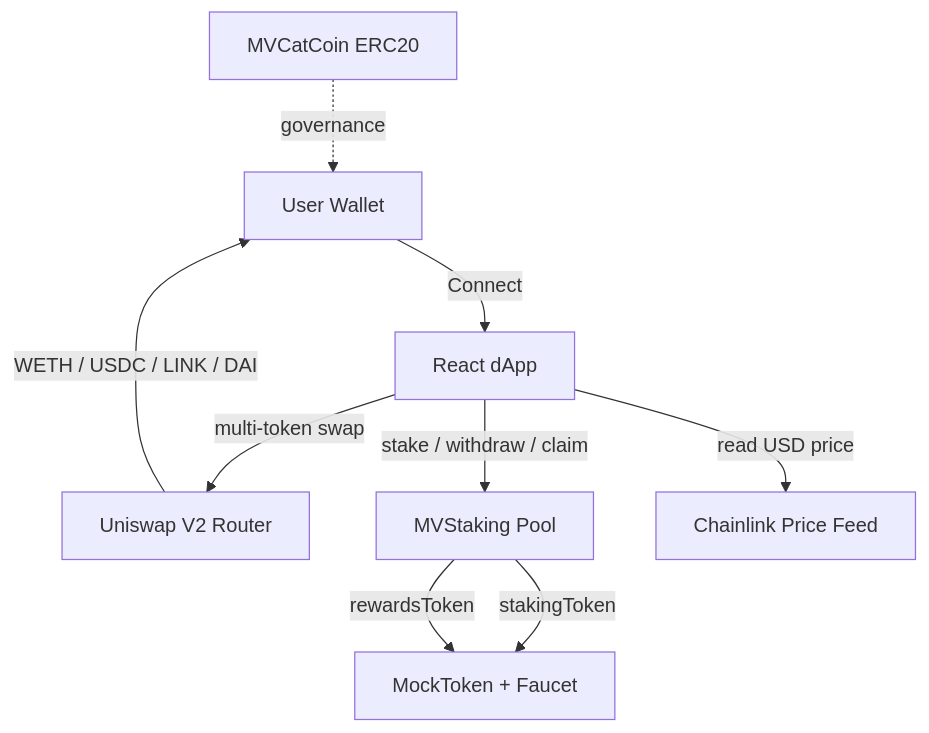
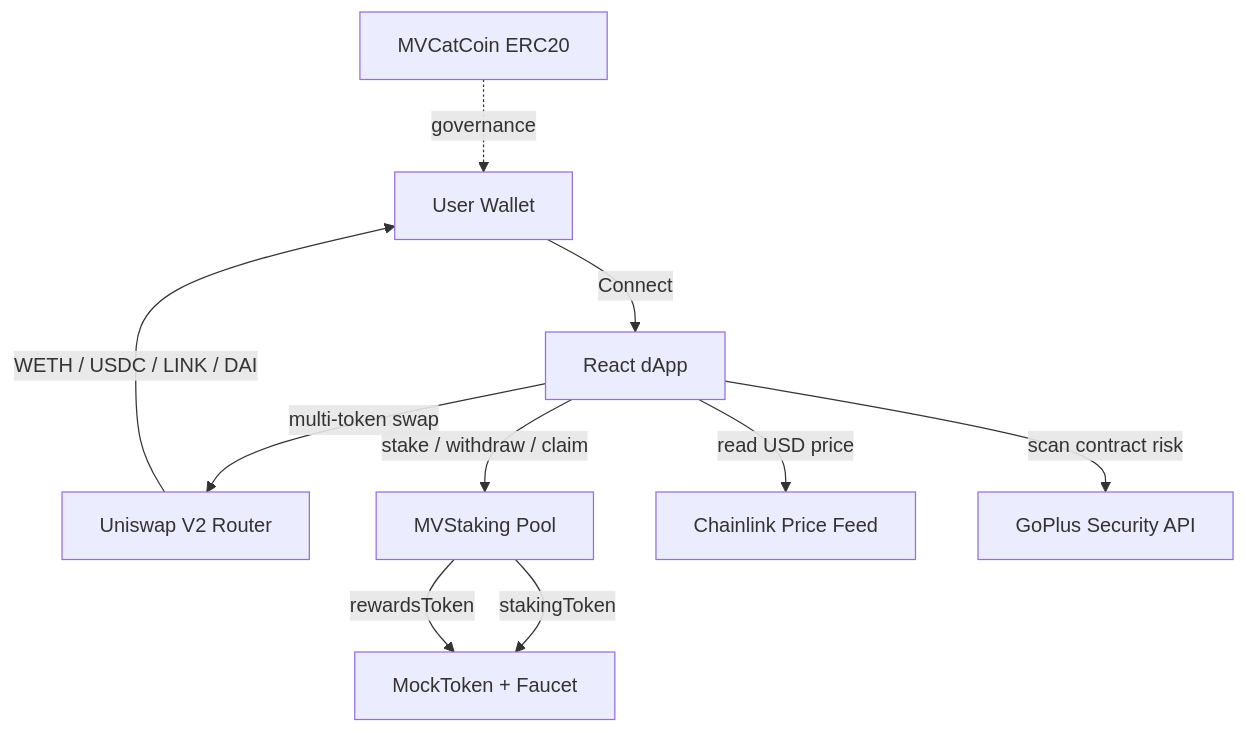
The diagram in README.md (wowasoy/mvcatcoin), drawn with Mermaid before and after one commit. The commit also changed other lines of this file and 5 other files, not shown here.

````diff
--- a/README.md
+++ b/README.md
@@ -44,19 +40,21 @@
 ```mermaid
 graph TD
     User[User Wallet]
     FE[React dApp]
     Swap[Uniswap V2 Router]
     MC[MVCatCoin ERC20]
     MS[MVStaking Pool]
     MT[MockToken + Faucet]
     CL[Chainlink Price Feed]
+    GP[GoPlus Security API]
 
     User -->|Connect| FE
     FE -->|multi-token swap| Swap
     FE -->|stake / withdraw / claim| MS
     FE -->|read USD price| CL
+    FE -->|scan contract risk| GP
     MS -->|stakingToken| MT
     MS -->|rewardsToken| MT
     Swap -->|WETH / USDC / LINK / DAI| User
     MC -.->|governance| User
 ```
````
